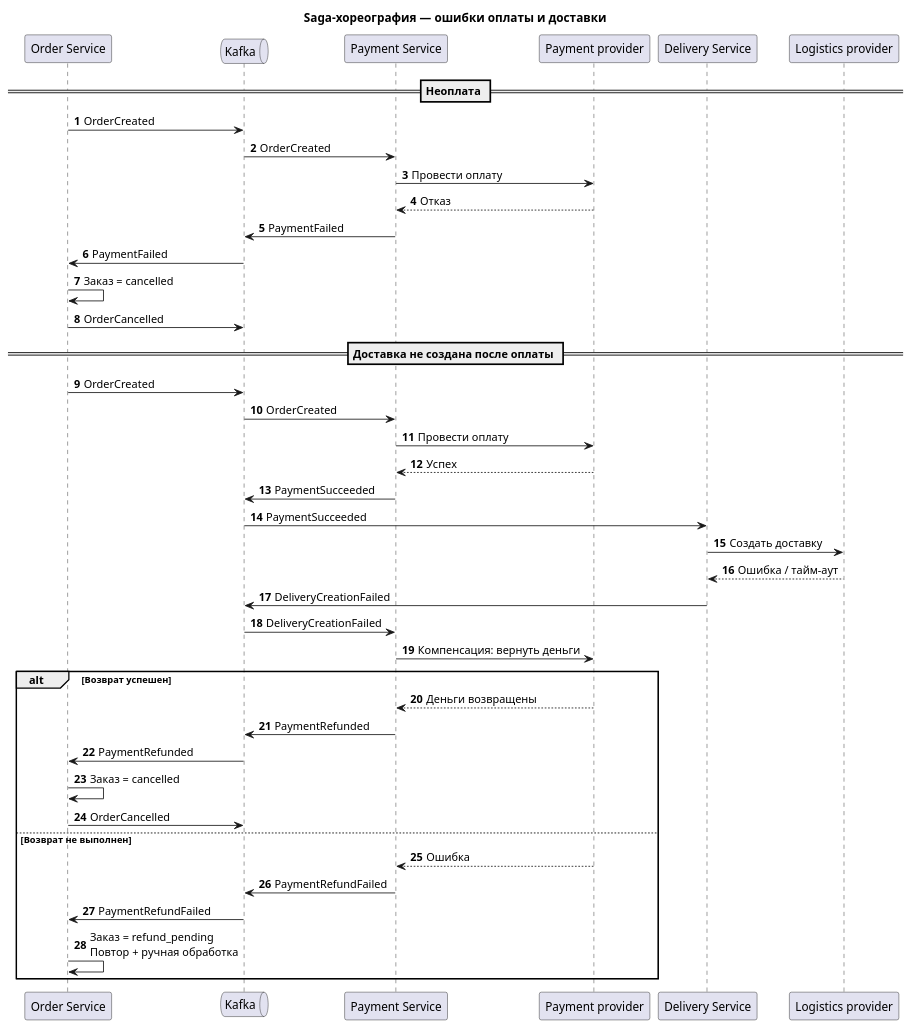
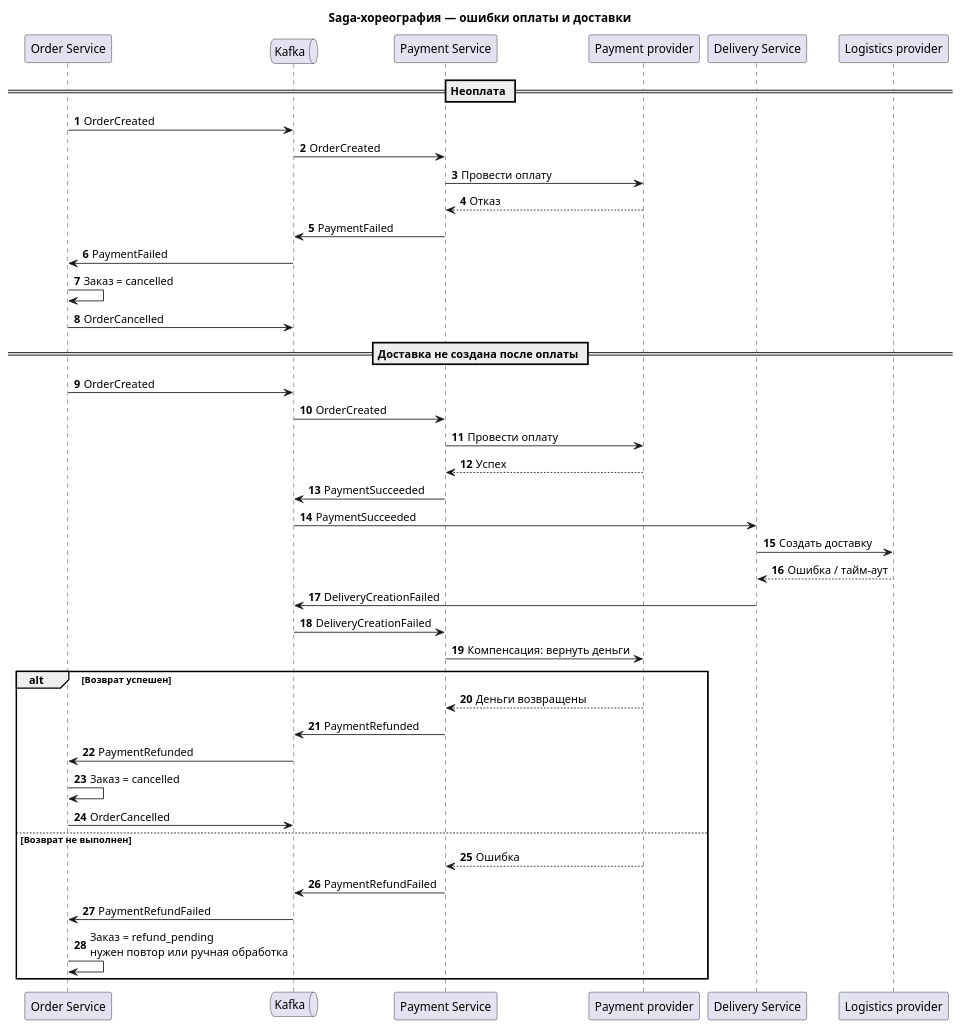
One commit to FFinn/MSA-3-NovaMarket-v1 changed the diagram in Task1/saga-failures.puml. Above: the diagram before and after it, drawn with PlantUML. The commit also changed 12 other files, not shown here.

```diff
--- a/Task1/saga-failures.puml
+++ b/Task1/saga-failures.puml
@@ -1,45 +1,45 @@
 @startuml
 title Saga-хореография — ошибки оплаты и доставки
 autonumber
 participant "Order Service" as O
 queue Kafka as K
 participant "Payment Service" as P
 participant "Payment provider" as PP
 participant "Delivery Service" as D
 participant "Logistics provider" as LP
 
 == Неоплата ==
 O -> K: OrderCreated
 K -> P: OrderCreated
 P -> PP: Провести оплату
 PP --> P: Отказ
 P -> K: PaymentFailed
 K -> O: PaymentFailed
 O -> O: Заказ = cancelled
 O -> K: OrderCancelled
 
 == Доставка не создана после оплаты ==
 O -> K: OrderCreated
 K -> P: OrderCreated
 P -> PP: Провести оплату
 PP --> P: Успех
 P -> K: PaymentSucceeded
 K -> D: PaymentSucceeded
 D -> LP: Создать доставку
 LP --> D: Ошибка / тайм-аут
 D -> K: DeliveryCreationFailed
 K -> P: DeliveryCreationFailed
 P -> PP: Компенсация: вернуть деньги
 alt Возврат успешен
   PP --> P: Деньги возвращены
   P -> K: PaymentRefunded
   K -> O: PaymentRefunded
   O -> O: Заказ = cancelled
   O -> K: OrderCancelled
 else Возврат не выполнен
   PP --> P: Ошибка
   P -> K: PaymentRefundFailed
   K -> O: PaymentRefundFailed
-  O -> O: Заказ = refund_pending\nПовтор + ручная обработка
+  O -> O: Заказ = refund_pending\nнужен повтор или ручная обработка
 end
 @enduml
```
